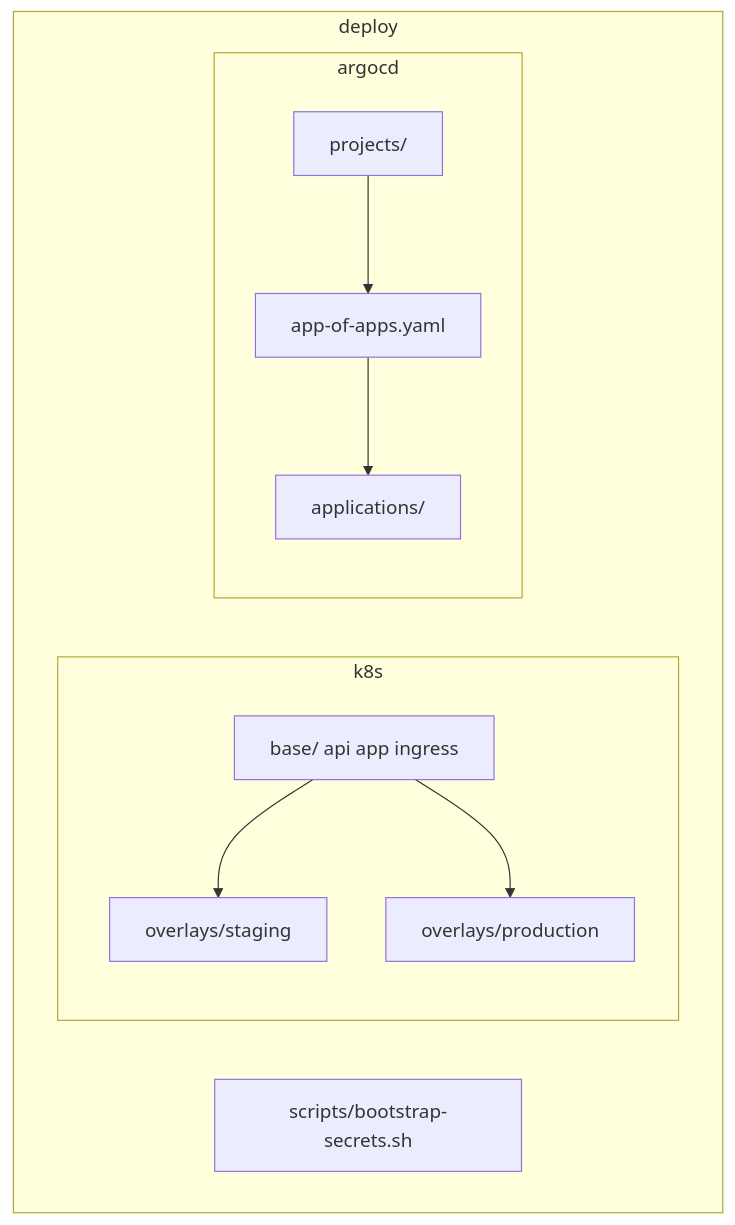
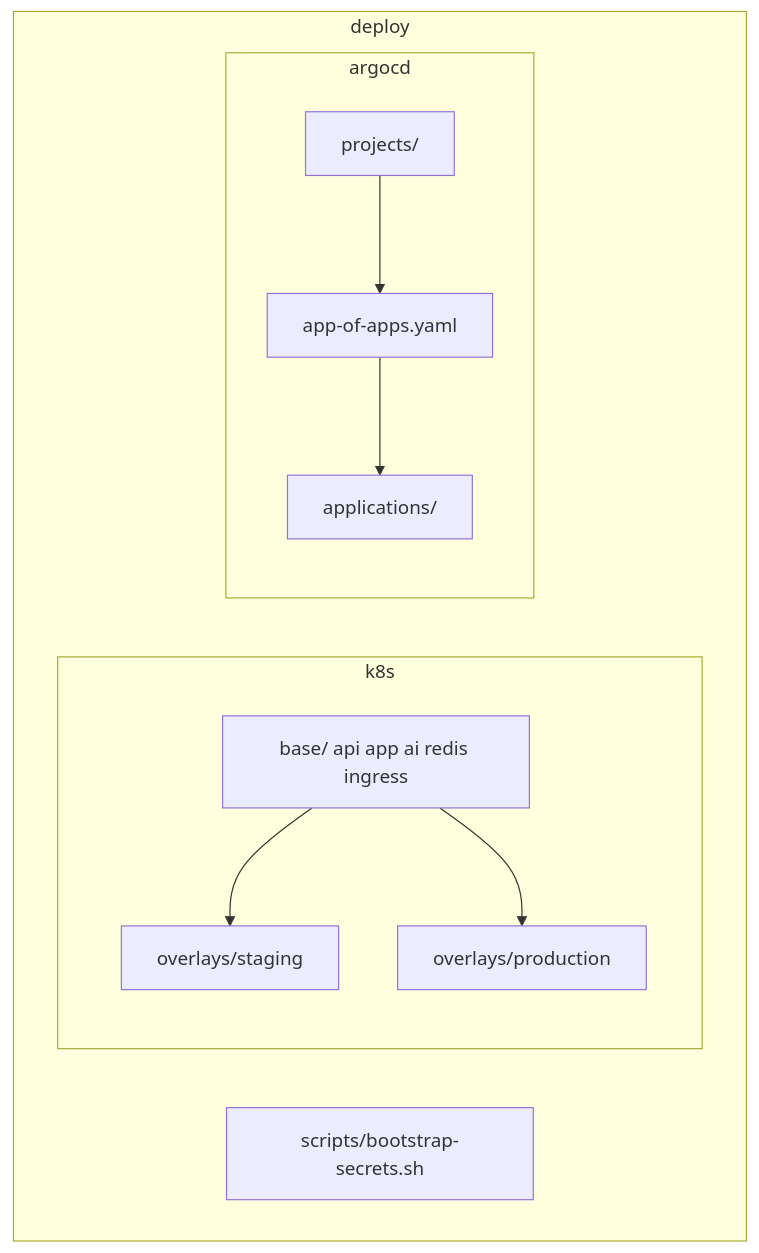
The second of 2 diagrams in deploy/README.md (Khalil-Bchir/full-stack-saas-boilerplate), drawn with Mermaid before and after one commit. The commit also changed other lines of this file and 91 other files, not shown here.

````diff
--- a/deploy/README.md
+++ b/deploy/README.md
@@ -45,19 +52,19 @@
 ```mermaid
 flowchart TB
     subgraph deploy
         subgraph k8s
-            Base[base/ api app ingress]
+            Base[base/ api app ai redis ingress]
             Staging[overlays/staging]
             Prod[overlays/production]
             Base --> Staging
             Base --> Prod
         end
         subgraph argocd
             Project[projects/]
             Apps[applications/]
             AOA[app-of-apps.yaml]
             Project --> AOA --> Apps
         end
         Scripts[scripts/bootstrap-secrets.sh]
     end
 ```
````
